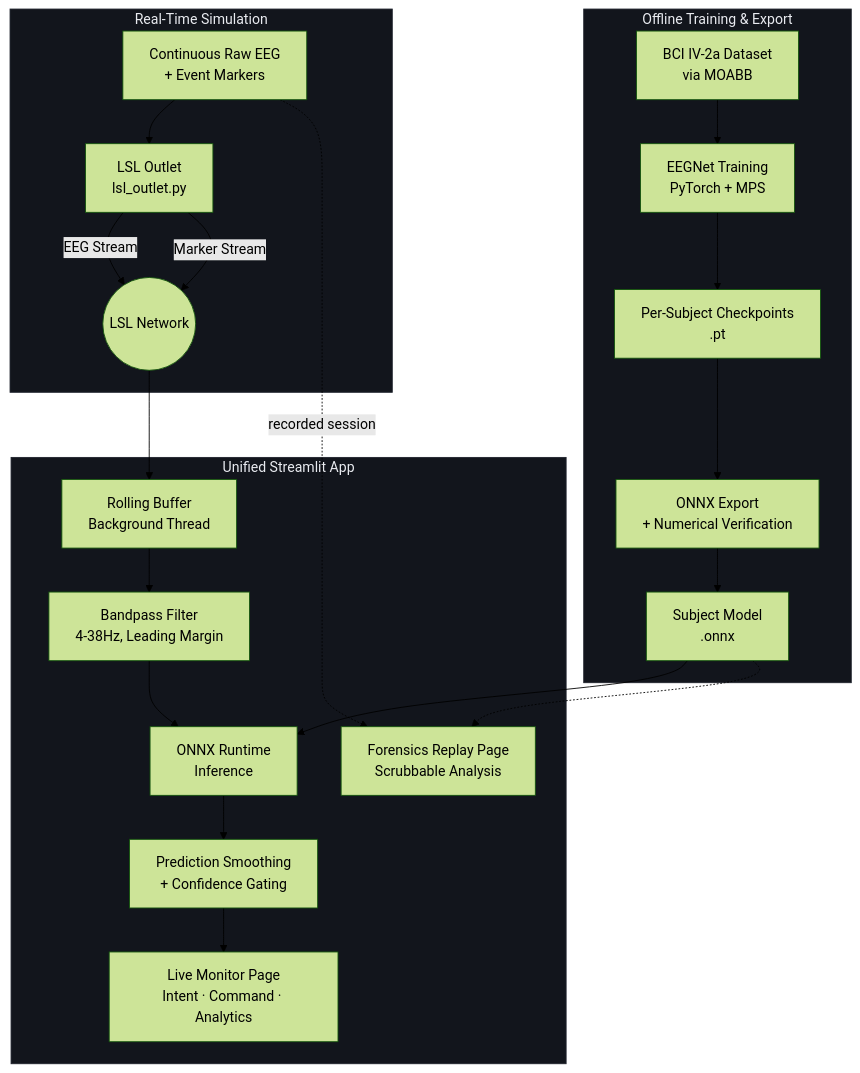
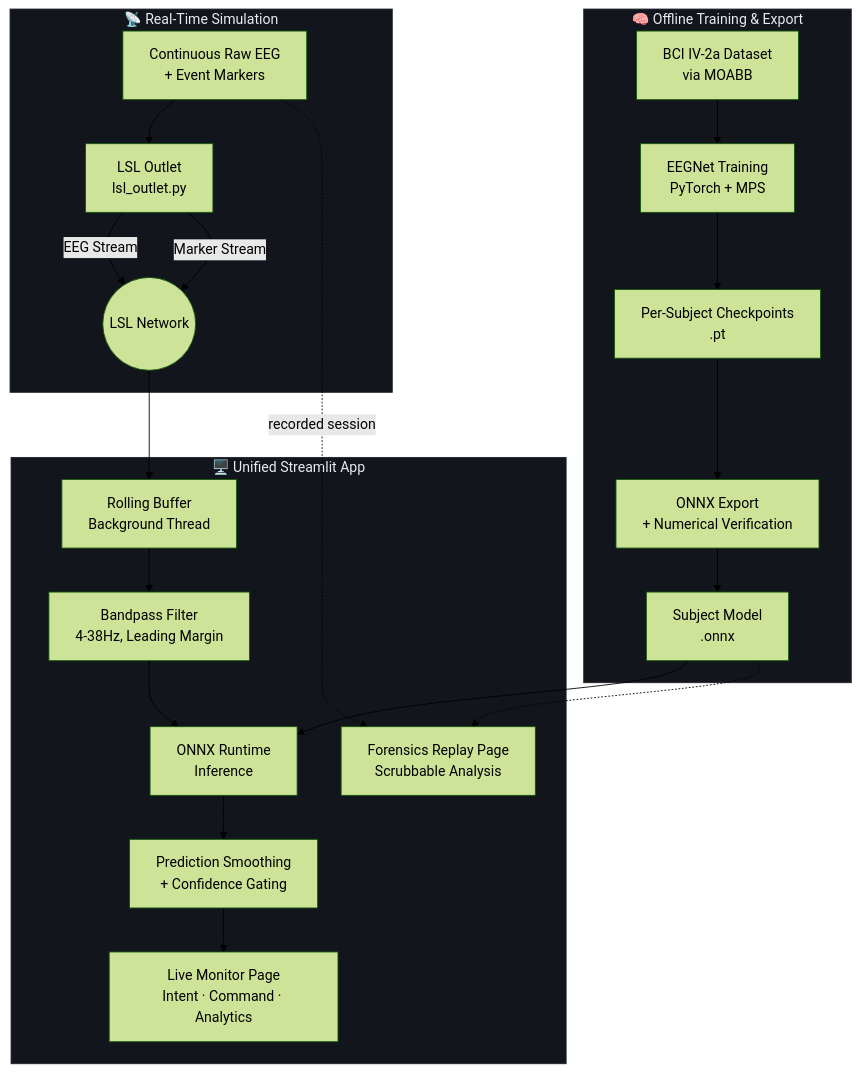
One commit to BurhanxGodhra/mi-bci-pipeline changed the diagram in README.md. Above: the diagram before and after it, drawn with Mermaid (forest theme). The commit also changed other lines of this file, not shown here.

````diff
--- a/README.md
+++ b/README.md
@@ -1,30 +20,30 @@
 ```mermaid
 graph TD
-    subgraph Offline["Offline Training & Export"]
+    subgraph Offline["🧠 Offline Training & Export"]
         A[BCI IV-2a Dataset<br/>via MOABB] --> B[EEGNet Training<br/>PyTorch + MPS]
         B --> C[Per-Subject Checkpoints<br/>.pt]
         C --> D[ONNX Export<br/>+ Numerical Verification]
         D --> E[Subject Model<br/>.onnx]
     end
 
-    subgraph Streaming["Real-Time Simulation"]
+    subgraph Streaming["📡 Real-Time Simulation"]
         F[Continuous Raw EEG<br/>+ Event Markers] --> G[LSL Outlet<br/>lsl_outlet.py]
         G -->|EEG Stream| H((LSL Network))
         G -->|Marker Stream| H
     end
 
-    subgraph App["Unified Streamlit App"]
+    subgraph App["🖥️ Unified Streamlit App"]
         H --> I[Rolling Buffer<br/>Background Thread]
         I --> J[Bandpass Filter<br/>4-38Hz, Leading Margin]
         E --> K[ONNX Runtime<br/>Inference]
         J --> K
         K --> L[Prediction Smoothing<br/>+ Confidence Gating]
         L --> M[Live Monitor Page<br/>Intent · Command · Analytics]
         F -.recorded session.-> N[Forensics Replay Page<br/>Scrubbable Analysis]
         E -.-> N
     end
 
     style Offline fill:#12151C,stroke:#1F232D,color:#E9EBF0
     style Streaming fill:#12151C,stroke:#1F232D,color:#E9EBF0
     style App fill:#12151C,stroke:#1F232D,color:#E9EBF0
 ```
````
